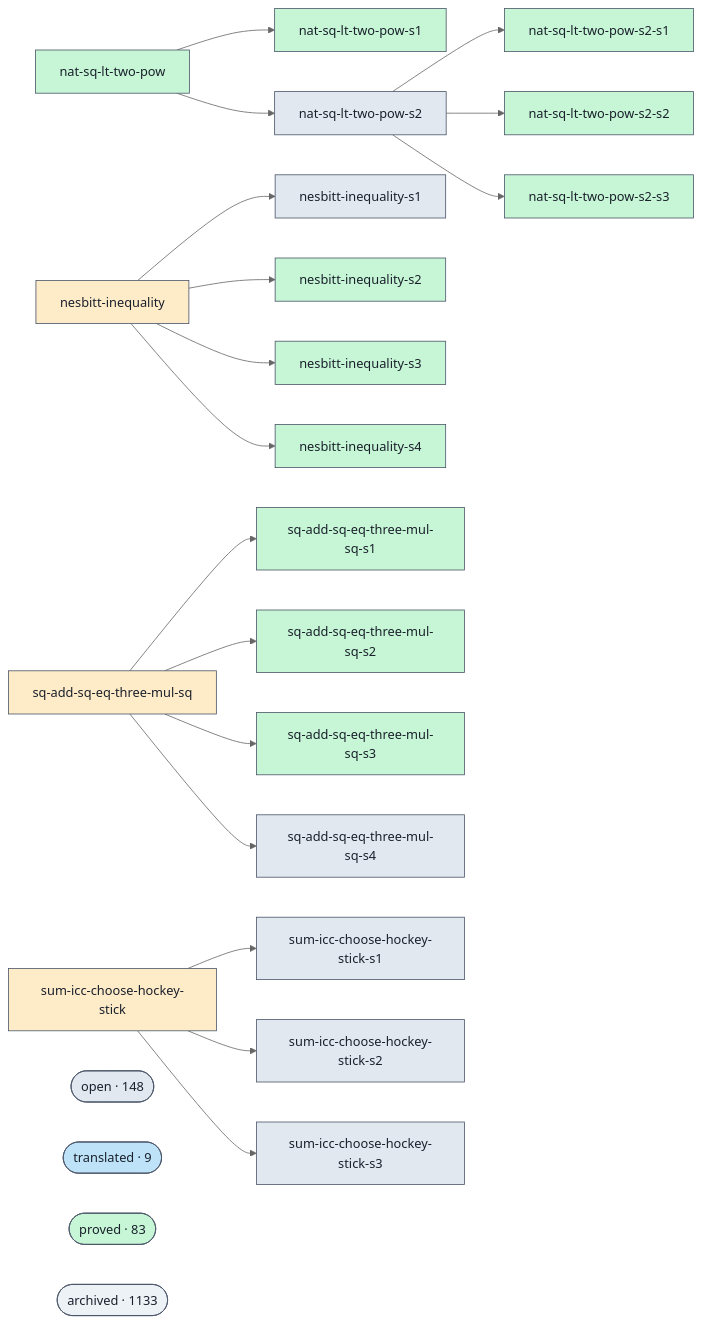
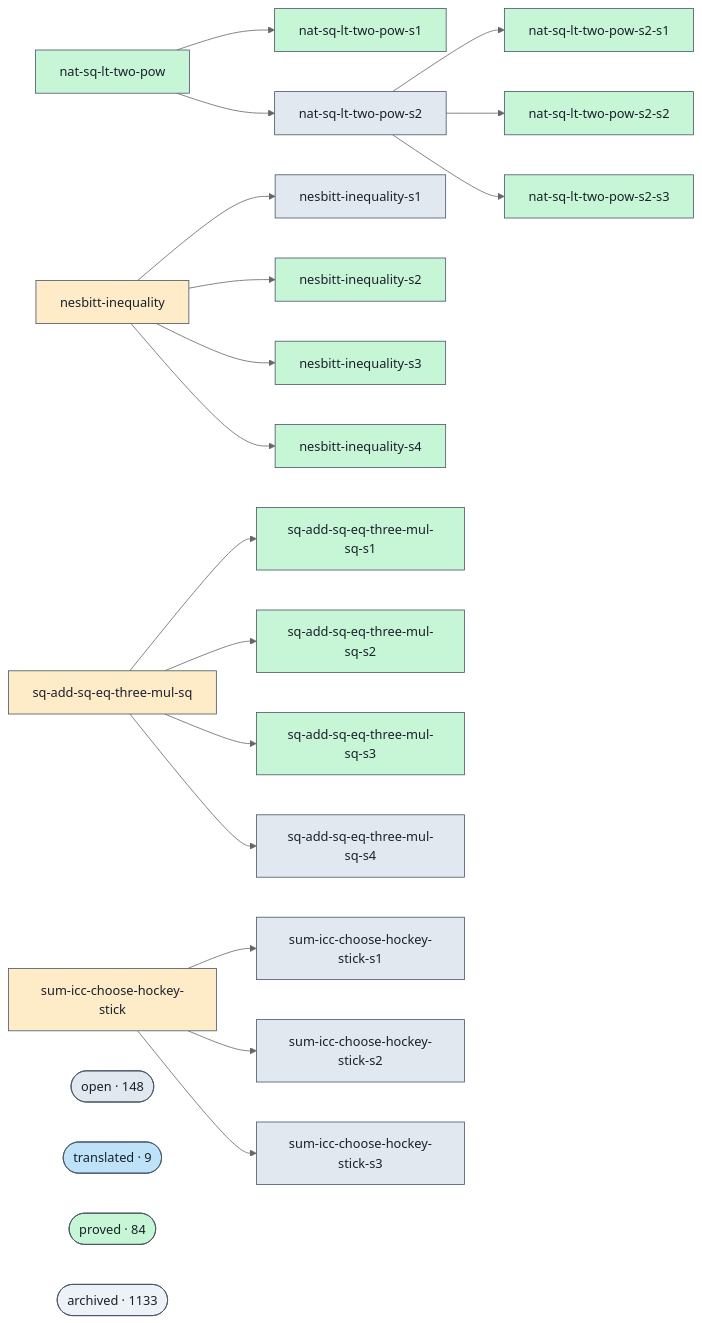
The diagram in docs/proofs-contributors-visualisation.md (ohdearquant/unsorry), drawn with Mermaid (neutral theme) before and after one commit. The commit also changed other lines of this file and 2 other files, not shown here.

```diff
--- a/docs/proofs-contributors-visualisation.md
+++ b/docs/proofs-contributors-visualisation.md
@@ -102,7 +102,7 @@
   class cluster_open open;
   cluster_translated(["translated · 9"])
   class cluster_translated translated;
-  cluster_proved(["proved · 83"])
+  cluster_proved(["proved · 84"])
   class cluster_proved proved;
   cluster_archived(["archived · 1133"])
   class cluster_archived unknown;
```
